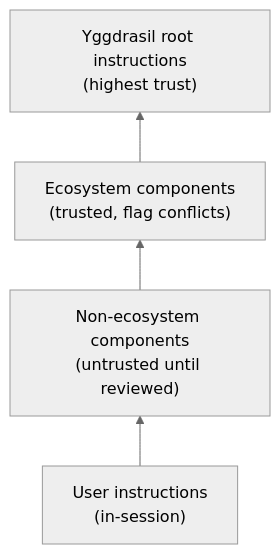
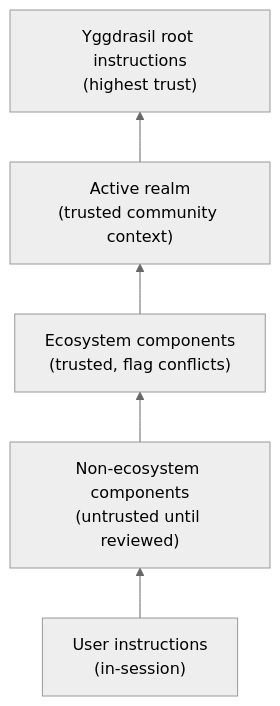
The diagram in docs/gdd/trust-and-safety.md (SiliconSaga/yggdrasil), drawn with Mermaid (neutral theme) before and after one commit. The commit also changed 13 other files, not shown here.

````diff
--- a/docs/gdd/trust-and-safety.md
+++ b/docs/gdd/trust-and-safety.md
@@ -7,6 +7,7 @@
 ```mermaid
 graph BT
     L4["User instructions<br/>(in-session)"] --> L3["Non-ecosystem components<br/>(untrusted until reviewed)"]
     L3 --> L2["Ecosystem components<br/>(trusted, flag conflicts)"]
-    L2 --> L1["Yggdrasil root instructions<br/>(highest trust)"]
+    L2 --> L1B["Active realm<br/>(trusted community context)"]
+    L1B --> L1["Yggdrasil root instructions<br/>(highest trust)"]
 ```
````
